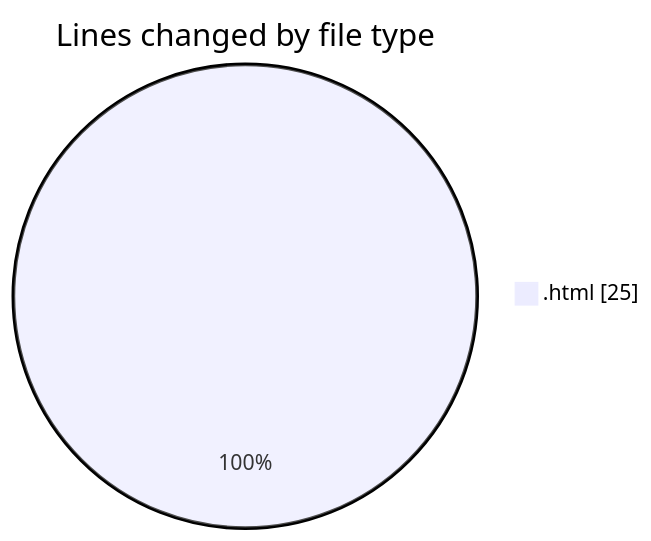
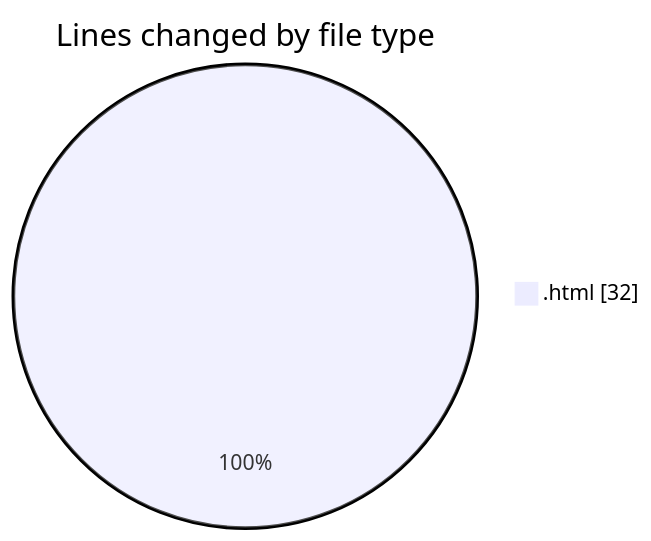
Before and after one commit to hasnaa123/code-tracking: the first of 2 diagrams in 2025-12-13/technologie_web/README.md, drawn with Mermaid. The commit also changed other lines of this file and 1 other file, not shown here.

````diff
--- a/2025-12-13/technologie_web/README.md
+++ b/2025-12-13/technologie_web/README.md
@@ -20,5 +20,5 @@
 ```mermaid
 pie showData
 title Lines changed by file type
-".html" : 25
+".html" : 32
 ```
````
